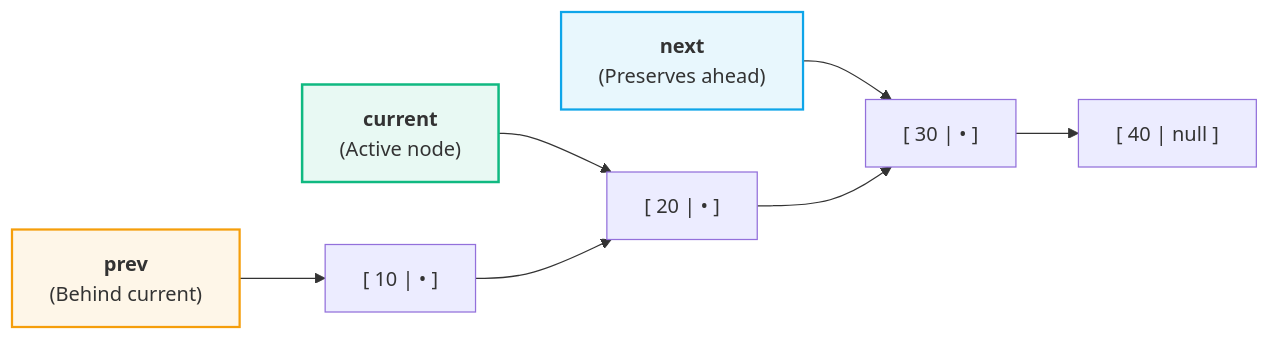
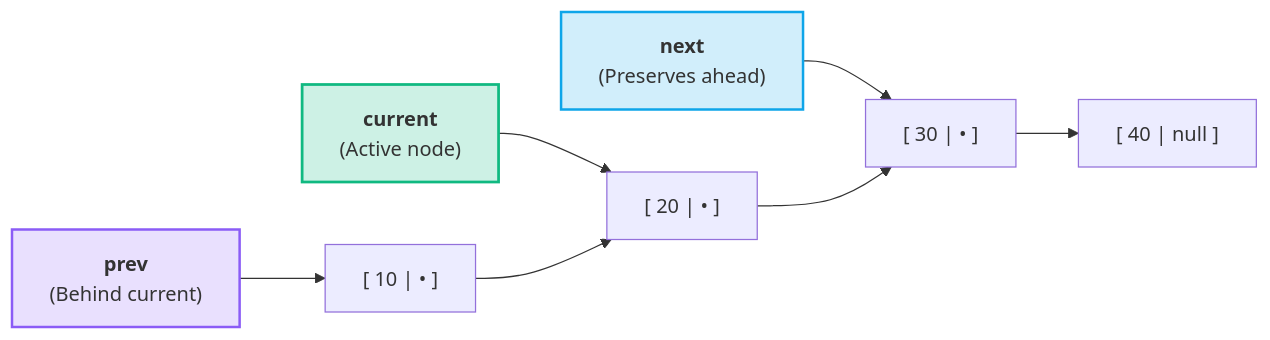
Before and after one commit to abhinavbharti2345/CS_Notes: diagram 11 of 11 in CS/DSA/03. Linked Lists/01. Linked List Fundamentals.md, drawn with Mermaid. The commit also changed other lines of this file and 20 other files, not shown here.

Commit message:
feat: add foundational notes and diagrams for computer networking, data structures, and machine learning pipelines

````diff
--- a/CS/DSA/03. Linked Lists/01. Linked List Fundamentals.md
+++ b/CS/DSA/03. Linked Lists/01. Linked List Fundamentals.md
@@ -411,14 +397,14 @@
 ```mermaid
 flowchart LR
     P["<b>prev</b><br/>(Behind current)"] --> N1["[ 10 | • ]"]
     C["<b>current</b><br/>(Active node)"] --> N2["[ 20 | • ]"]
     NX["<b>next</b><br/>(Preserves ahead)"] --> N3["[ 30 | • ]"]
     N1 --> N2 --> N3 --> N4["[ 40 | null ]"]
 
-    classDef pBox fill:#f59e0b18,stroke:#f59e0b,stroke-width:1.8px;
-    classDef cBox fill:#10b98118,stroke:#10b981,stroke-width:2px;
-    classDef nBox fill:#0ea5e918,stroke:#0ea5e9,stroke-width:1.8px;
+    classDef pBox fill:#8b5cf630,stroke:#8b5cf6,stroke-width:2px;
+    classDef cBox fill:#10b98135,stroke:#10b981,stroke-width:2.2px;
+    classDef nBox fill:#0ea5e930,stroke:#0ea5e9,stroke-width:2px;
     class P pBox;
     class C cBox;
     class NX nBox;
 ```
````
